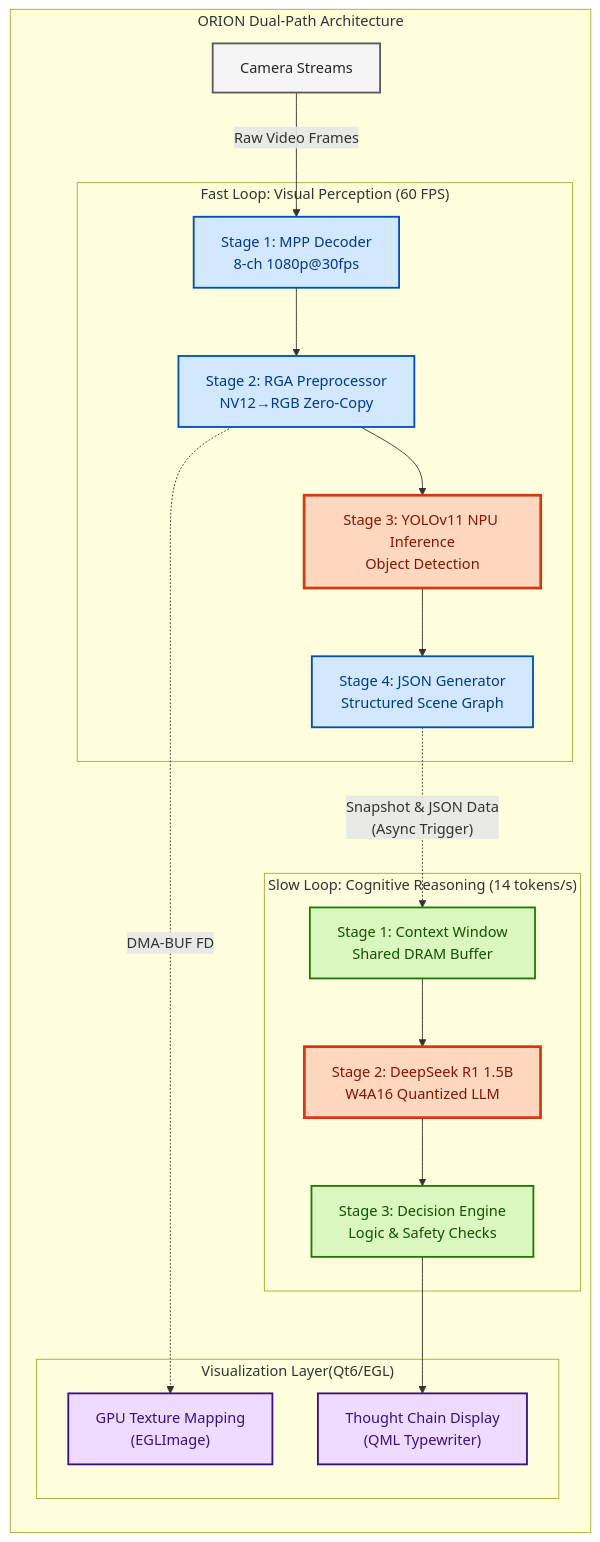
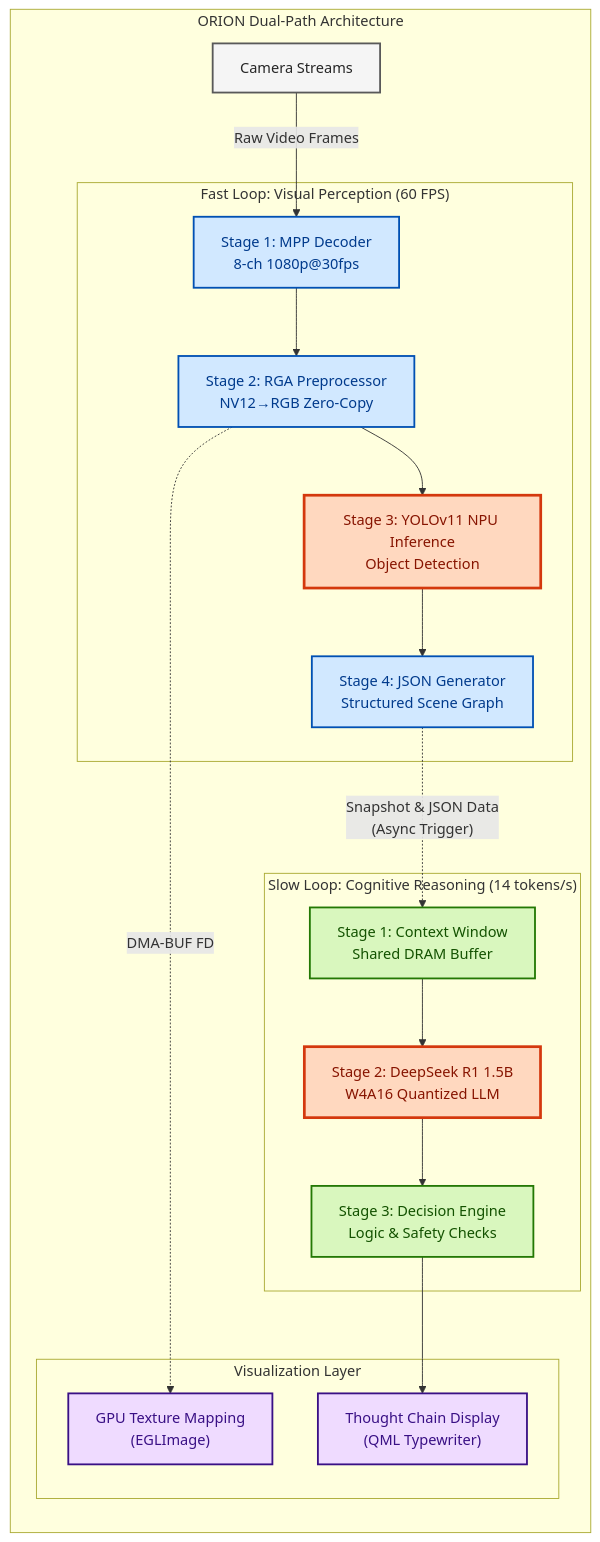
Before and after one commit to WNPPP0114/RAVEN: the diagram in README.md, drawn with Mermaid.

````diff
--- a/README.md
+++ b/README.md
@@ -48,60 +48,60 @@
 ```mermaid
 graph TD
     subgraph "ORION Dual-Path Architecture"
         direction TB
         
         Cam[Camera Streams] -->|"Raw Video Frames"| V1
         
         subgraph "Fast Loop: Visual Perception (60 FPS)"
             V1["Stage 1: MPP Decoder<br/>8-ch 1080p@30fps"] 
             V2["Stage 2: RGA Preprocessor<br/>NV12→RGB Zero-Copy"]
             V3["Stage 3: YOLOv11 NPU Inference<br/>Object Detection"]
             V4["Stage 4: JSON Generator<br/>Structured Scene Graph"]
             
             V1 --> V2
             V2 --> V3
             V3 --> V4
         end
         
         V4 -.->|"Snapshot & JSON Data<br/>(Async Trigger)"| R1
         
         subgraph "Slow Loop: Cognitive Reasoning (14 tokens/s)"
             R1["Stage 1: Context Window<br/>Shared DRAM Buffer"]
             R2["Stage 2: DeepSeek R1 1.5B<br/>W4A16 Quantized LLM"]
             R3["Stage 3: Decision Engine<br/>Logic & Safety Checks"]
             
             R1 --> R2
             R2 --> R3
         end
         
-        subgraph "Visualization Layer(Qt6/EGL)"
+        subgraph "Visualization Layer"
             UI1["GPU Texture Mapping<br/>(EGLImage)"]
             UI2["Thought Chain Display<br/>(QML Typewriter)"]
         end
 
         V2 -.->|"DMA-BUF FD"| UI1
         R3 --> UI2
     end
 
     %% --- Styling Definition ---
     
     %% Fast Loop (Blue Theme - Data Flow)
     style V1 fill:#D1E8FF,stroke:#0050B3,stroke-width:2px,color:#003A8C
     style V2 fill:#D1E8FF,stroke:#0050B3,stroke-width:2px,color:#003A8C
     style V4 fill:#D1E8FF,stroke:#0050B3,stroke-width:2px,color:#003A8C
     
     %% Slow Loop (Green Theme - Logic Flow)
     style R1 fill:#D9F7BE,stroke:#237804,stroke-width:2px,color:#135200
     style R3 fill:#D9F7BE,stroke:#237804,stroke-width:2px,color:#135200
     
     %% Compute Cores (Orange Theme - NPU Hotspots)
     style V3 fill:#FFD8BF,stroke:#D4380D,stroke-width:3px,color:#871400
     style R2 fill:#FFD8BF,stroke:#D4380D,stroke-width:3px,color:#871400
     
     %% UI Layer (Purple Theme)
     style UI1 fill:#EFDBFF,stroke:#391085,stroke-width:2px,color:#391085
     style UI2 fill:#EFDBFF,stroke:#391085,stroke-width:2px,color:#391085
     
     %% External Nodes (Grey)
     style Cam fill:#F5F5F5,stroke:#595959,stroke-width:2px,color:#262626
 ```
````
